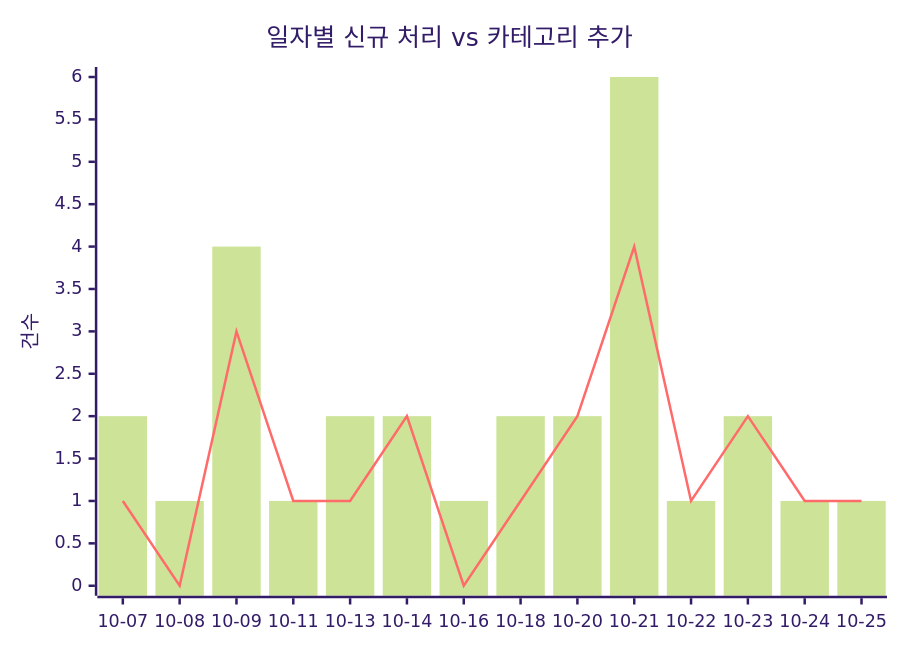
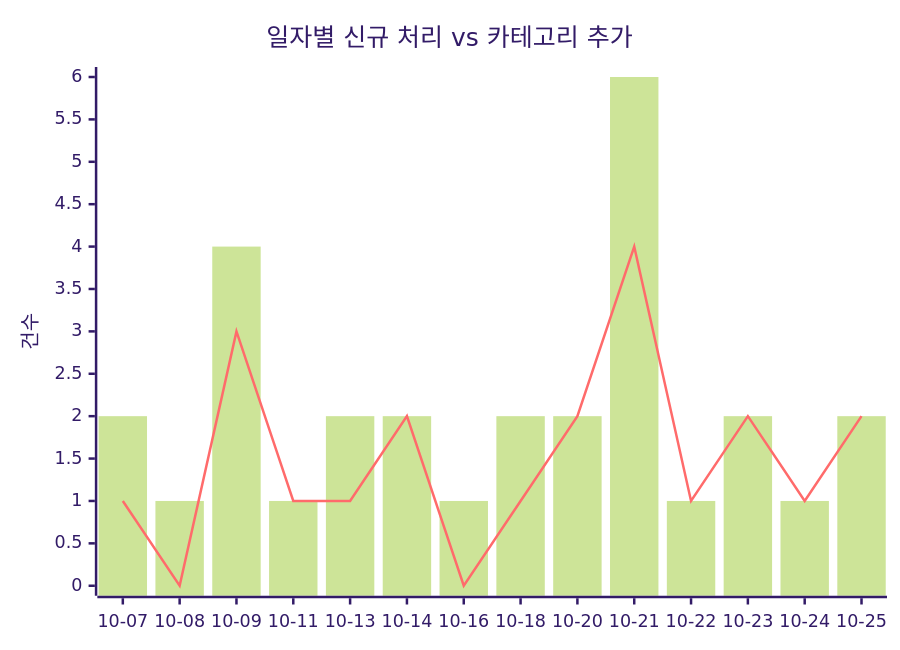
One commit to J-nowcow/awesome-korean-agent-skills changed the first of 2 diagrams in docs/trends.md. Above: the diagram before and after it, drawn with Mermaid (forest theme). The commit also changed other lines of this file and 3 other files, not shown here.

````diff
--- a/docs/trends.md
+++ b/docs/trends.md
@@ -32,8 +32,8 @@
 ```mermaid
 xychart-beta
     title "일자별 신규 처리 vs 카테고리 추가"
     x-axis ["10-07","10-08","10-09","10-11","10-13","10-14","10-16","10-18","10-20","10-21","10-22","10-23","10-24","10-25"]
     y-axis "건수"
-    bar [2,1,4,1,2,2,1,2,2,6,1,2,1,1]
-    line [1,0,3,1,1,2,0,1,2,4,1,2,1,1]
+    bar [2,1,4,1,2,2,1,2,2,6,1,2,1,2]
+    line [1,0,3,1,1,2,0,1,2,4,1,2,1,2]
 ```
````
